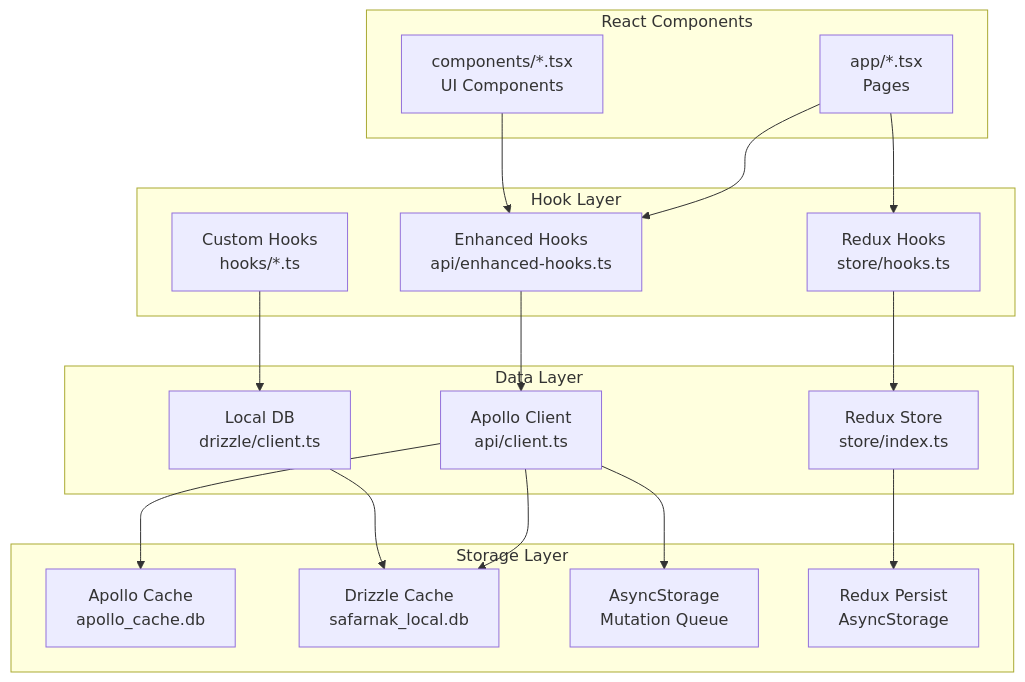
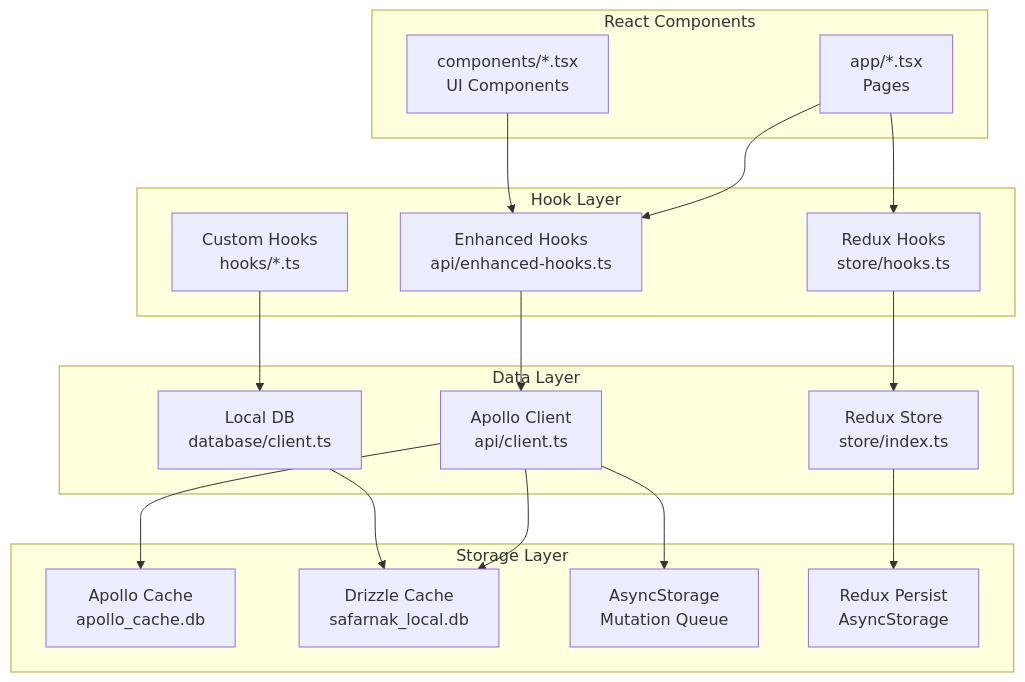
Before and after one commit to mehotkhan/safarnak.app: the second of 11 diagrams in README.md, drawn with Mermaid. The commit also changed other lines of this file and 28 other files, not shown here.

````diff
--- a/README.md
+++ b/README.md
@@ -143,38 +143,38 @@
 ```mermaid
 flowchart TB
   subgraph Component["React Components"]
     C1["app/*.tsx<br/>Pages"]
     C2["components/*.tsx<br/>UI Components"]
   end
 
   subgraph Hooks["Hook Layer"]
     H1["Enhanced Hooks<br/>api/enhanced-hooks.ts"]
     H2["Custom Hooks<br/>hooks/*.ts"]
     H3["Redux Hooks<br/>store/hooks.ts"]
   end
 
   subgraph Data["Data Layer"]
     D1["Apollo Client<br/>api/client.ts"]
     D2["Redux Store<br/>store/index.ts"]
-    D3["Local DB<br/>drizzle/client.ts"]
+      D3["Local DB<br/>database/client.ts"]
   end
 
   subgraph Storage["Storage Layer"]
     S1["Apollo Cache<br/>apollo_cache.db"]
     S2["Drizzle Cache<br/>safarnak_local.db"]
     S3["AsyncStorage<br/>Mutation Queue"]
     S4["Redux Persist<br/>AsyncStorage"]
   end
 
   C1 --> H1
   C2 --> H1
   C1 --> H3
   H1 --> D1
   H2 --> D3
   H3 --> D2
   D1 --> S1
   D1 --> S2
   D2 --> S4
   D3 --> S2
   D1 --> S3
 ```
````
